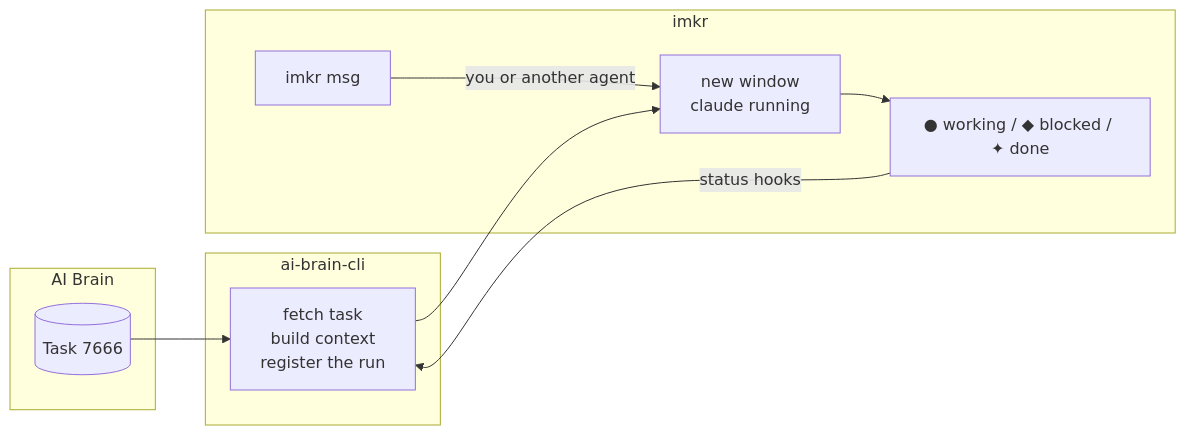
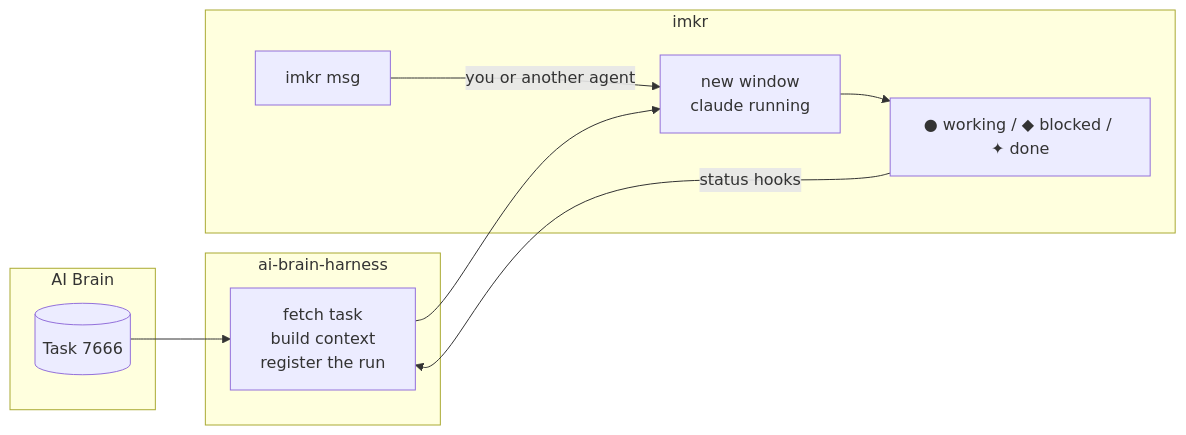
One commit to bastianhenneberg/imkr changed the second of 4 diagrams in docs/src/ai-brain.md. Above: the diagram before and after it, drawn with Mermaid. The commit also changed other lines of this file and 12 other files, not shown here.

First line of the commit message:
v0.21.35: AI Brain heißt jetzt ai-brain-harness

````diff
--- a/docs/src/ai-brain.md
+++ b/docs/src/ai-brain.md
@@ -51,18 +51,18 @@
 ```mermaid
 flowchart LR
     subgraph brain [AI Brain]
         T[("Task 7666")]
     end
-    subgraph cli [ai-brain-cli]
+    subgraph cli [ai-brain-harness]
         C[fetch task<br/>build context<br/>register the run]
     end
     subgraph imkr [imkr]
         W[new window<br/>claude running]
         S[● working / ◆ blocked / ✦ done]
         M[imkr msg]
     end
     T --> C --> W
     W --> S
     S -->|status hooks| C
     M -->|you or another agent| W
 ```
````
